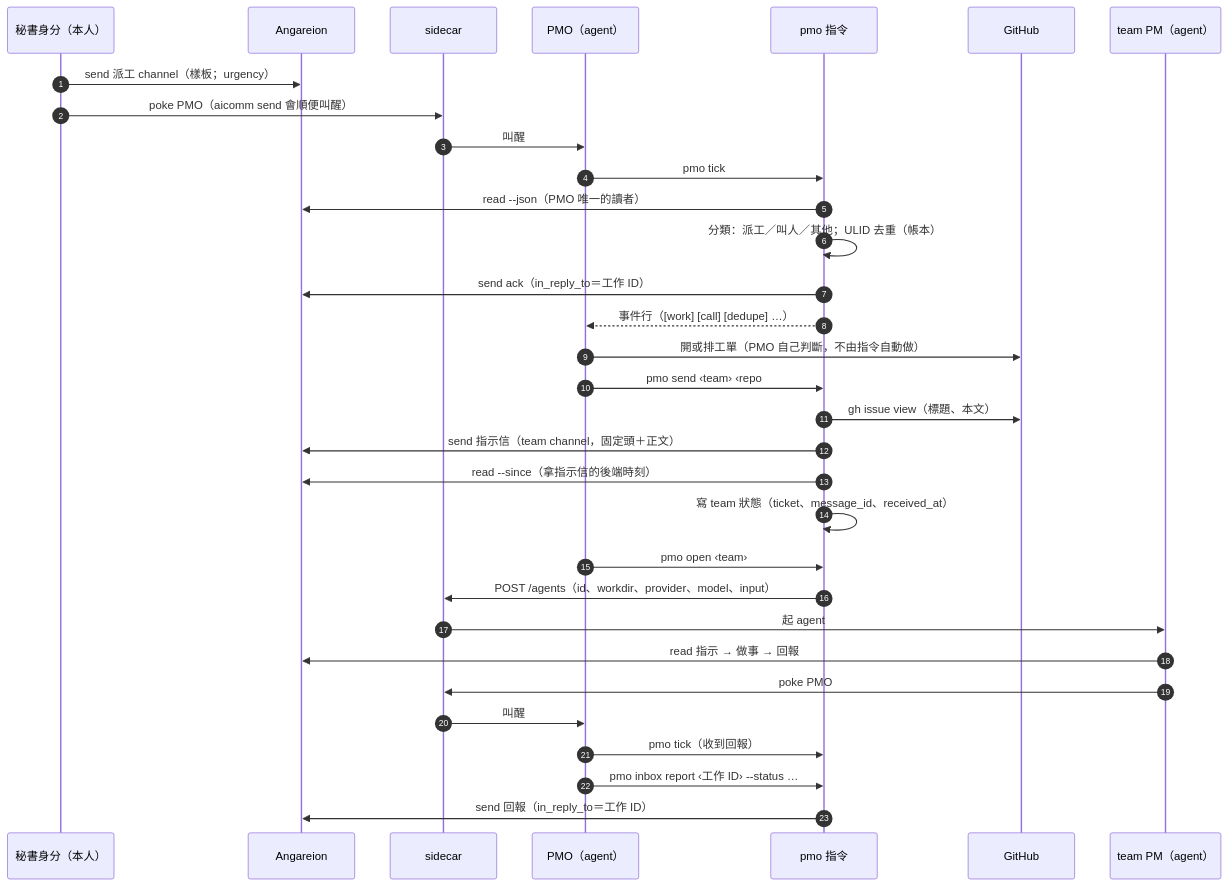
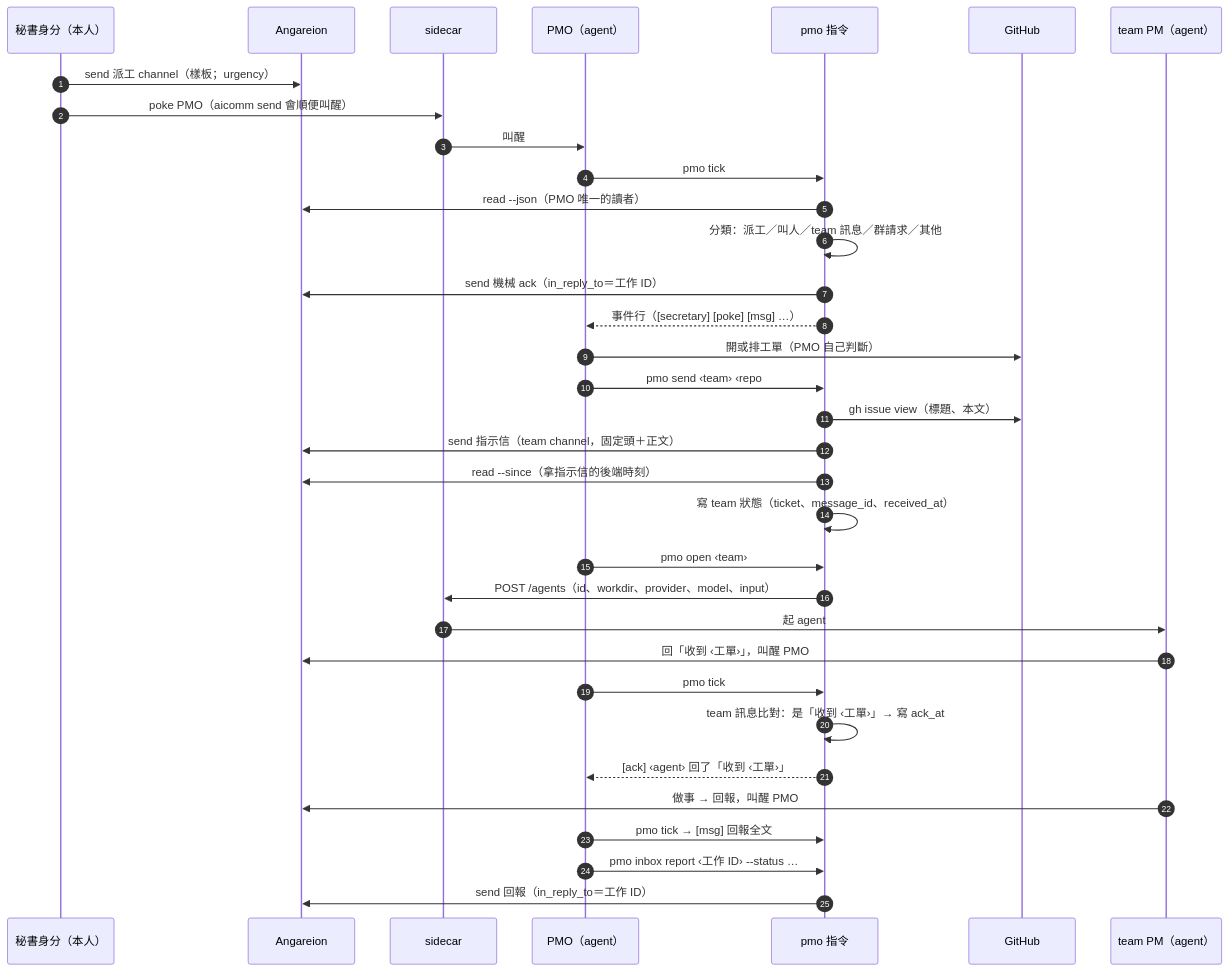
One commit to FATESAIKOU/MyAiStorage changed the second of 5 diagrams in docs/design-notes/110-pmo-skill.md. Above: the diagram before and after it, drawn with Mermaid. The commit also changed other lines of this file and 2 other files, not shown here.

````diff
--- a/docs/design-notes/110-pmo-skill.md
+++ b/docs/design-notes/110-pmo-skill.md
@@ -81,34 +99,36 @@
 ```mermaid
 sequenceDiagram
     autonumber
     participant S as 秘書身分（本人）
     participant A as Angareion
     participant SC as sidecar
     participant P as PMO（agent）
     participant K as pmo 指令
     participant G as GitHub
     participant M as team PM（agent）
     S->>A: send 派工 channel（樣板；urgency）
     S->>SC: poke PMO（aicomm send 會順便叫醒）
     SC->>P: 叫醒
     P->>K: pmo tick
     K->>A: read --json（PMO 唯一的讀者）
-    K->>K: 分類：派工／叫人／其他；ULID 去重（帳本）
-    K->>A: send ack（in_reply_to＝工作 ID）
-    K-->>P: 事件行（[work] [call] [dedupe] …）
-    P->>G: 開或排工單（PMO 自己判斷，不由指令自動做）
+    K->>K: 分類：派工／叫人／team 訊息／群請求／其他
+    K->>A: send 機械 ack（in_reply_to＝工作 ID）
+    K-->>P: 事件行（[secretary] [poke] [msg] …）
+    P->>G: 開或排工單（PMO 自己判斷）
     P->>K: pmo send ‹team› ‹repo#n› --body -
     K->>G: gh issue view（標題、本文）
     K->>A: send 指示信（team channel，固定頭＋正文）
     K->>A: read --since（拿指示信的後端時刻）
     K->>K: 寫 team 狀態（ticket、message_id、received_at）
     P->>K: pmo open ‹team›
     K->>SC: POST /agents（id、workdir、provider、model、input）
     SC->>M: 起 agent
-    M->>A: read 指示 → 做事 → 回報
-    M->>SC: poke PMO
-    SC->>P: 叫醒
-    P->>K: pmo tick（收到回報）
+    M->>A: 回「收到 ‹工單›」，叫醒 PMO
+    P->>K: pmo tick
+    K->>K: team 訊息比對：是「收到 ‹工單›」→ 寫 ack_at
+    K-->>P: [ack] ‹agent› 回了「收到 ‹工單›」
+    M->>A: 做事 → 回報，叫醒 PMO
+    P->>K: pmo tick → [msg] 回報全文
     P->>K: pmo inbox report ‹工作 ID› --status …
     K->>A: send 回報（in_reply_to＝工作 ID）
 ```
````
